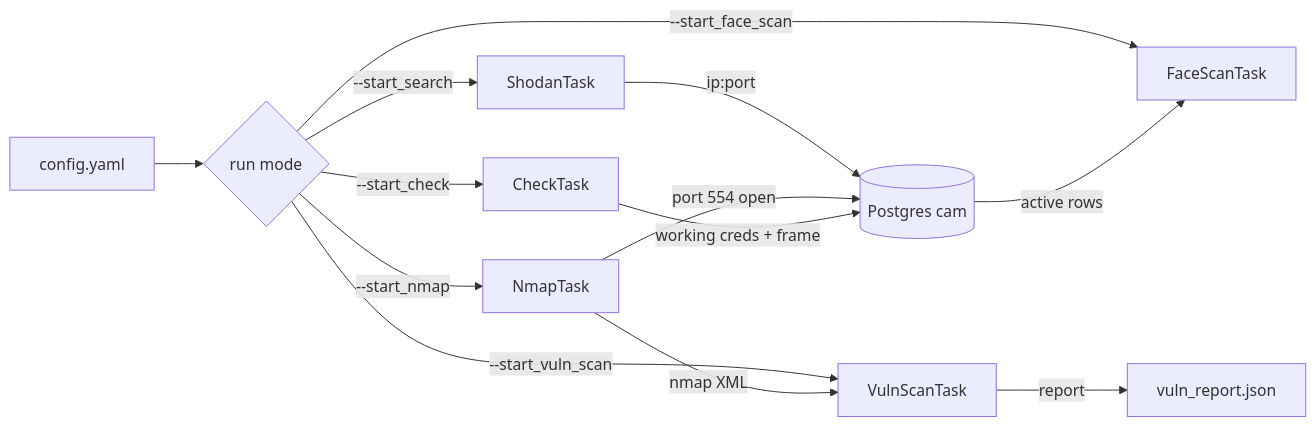
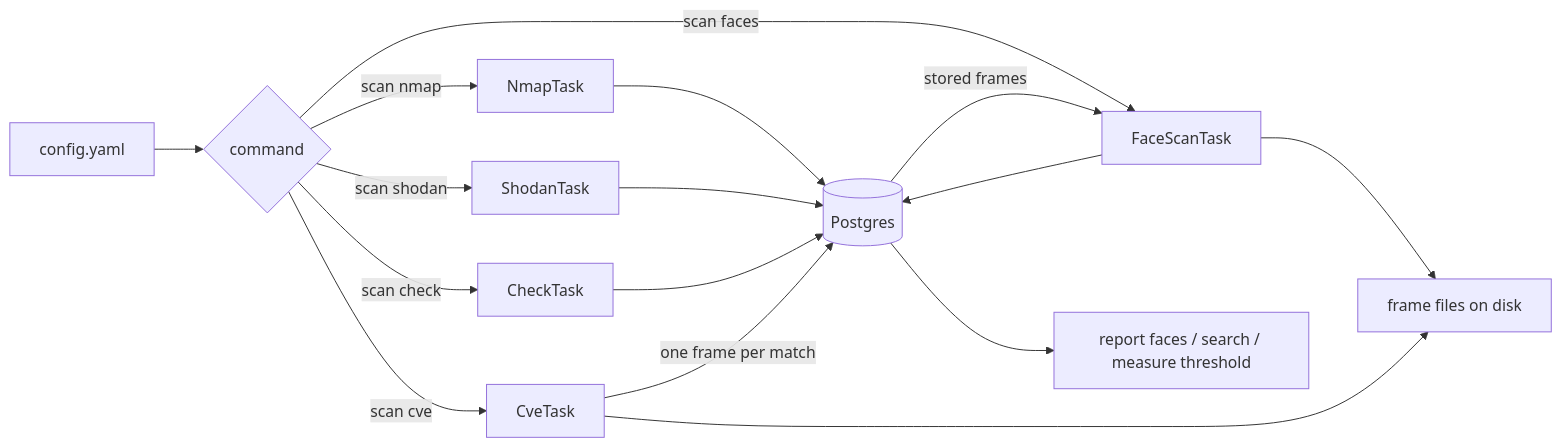
One commit to iklobato/shodan_rtsp changed the diagram in README.md. Above: the diagram before and after it, drawn with Mermaid. The commit also changed other lines of this file and 6 other files, not shown here.

````diff
--- a/README.md
+++ b/README.md
@@ -72,17 +80,20 @@
 ```mermaid
 flowchart LR
-    CFG[config.yaml] --> MODE{run mode}
+    CFG[config.yaml] --> CMD{command}
 
-    MODE -->|--start_search| SH[ShodanTask]
-    MODE -->|--start_nmap| NM[NmapTask]
-    MODE -->|--start_check| CK[CheckTask]
-    MODE -->|--start_face_scan| FS[FaceScanTask]
-    MODE -->|--start_vuln_scan| VS[VulnScanTask]
+    CMD -->|scan nmap| NM[NmapTask]
+    CMD -->|scan shodan| SH[ShodanTask]
+    CMD -->|scan check| CK[CheckTask]
+    CMD -->|scan cve| CV[CveTask]
+    CMD -->|scan faces| FS[FaceScanTask]
 
-    SH -->|ip:port| DB[(Postgres cam)]
-    NM -->|port 554 open| DB
-    CK -->|working creds + frame| DB
-    DB -->|active rows| FS
-    NM -->|nmap XML| VS
-    VS -->|report| JSON[vuln_report.json]
+    NM --> DB[(Postgres)]
+    SH --> DB
+    CK --> DB
+    CV -->|one frame per match| DB
+    DB -->|stored frames| FS
+    FS --> DB
+    FS --> DISK[frame files on disk]
+    CV --> DISK
+    DB --> RP[report faces / search / measure threshold]
 ```
````
